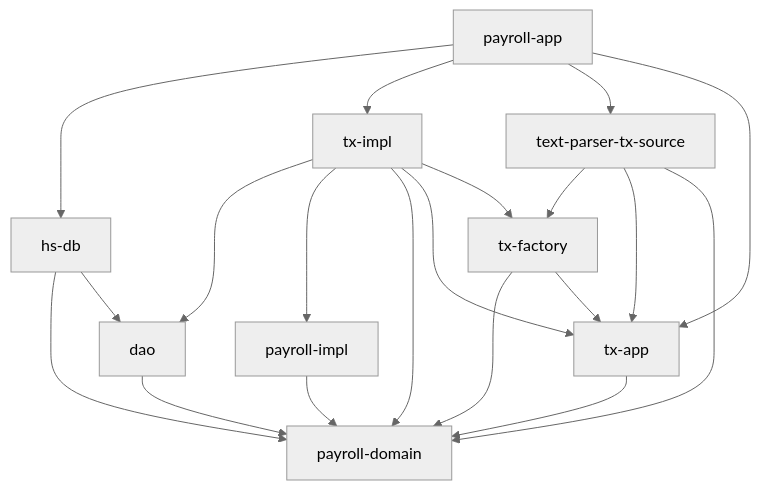
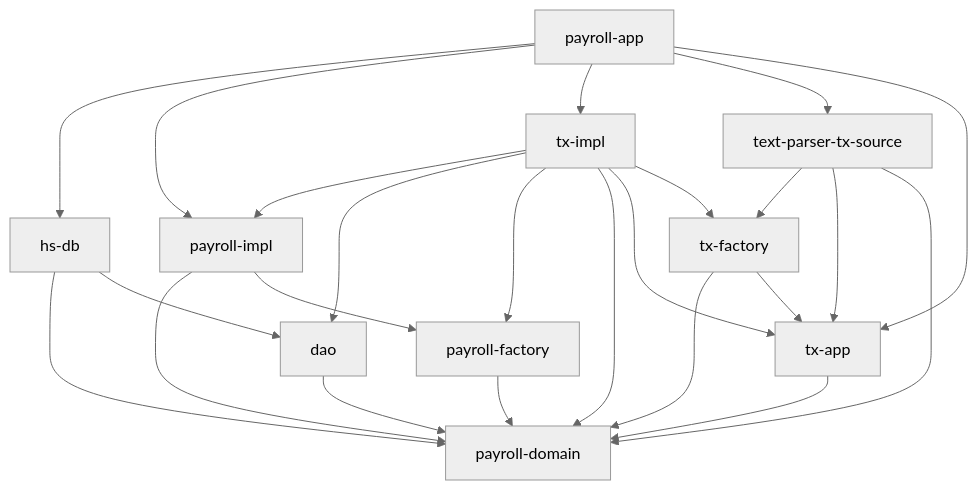
Before and after one commit to cutsea110/payroll: the diagram in README.md, drawn with Mermaid (neutral theme).

Commit message:
update architecture diagram

````diff
--- a/README.md
+++ b/README.md
@@ -6,30 +6,35 @@
 ```mermaid
 graph TD
 
   payroll-impl --> payroll-domain
+  payroll-impl --> payroll-factory
+
+  payroll-factory --> payroll-domain
 
   dao --> payroll-domain
-  
+
+  tx-impl --> payroll-impl
   tx-impl --> dao
-  tx-impl --> payroll-impl
+  tx-impl --> payroll-factory
   tx-impl --> payroll-domain
   tx-impl --> tx-app
   tx-impl --> tx-factory
-  
+
   tx-app --> payroll-domain
 
   tx-factory --> payroll-domain
   tx-factory --> tx-app
-  
+
   text-parser-tx-source --> tx-factory
   text-parser-tx-source --> tx-app
   text-parser-tx-source --> payroll-domain
-  
+
   hs-db --> payroll-domain
   hs-db --> dao
-  
+
   payroll-app --> hs-db
+  payroll-app --> payroll-impl
   payroll-app --> tx-impl
   payroll-app --> text-parser-tx-source
   payroll-app --> tx-app
 ```
````
